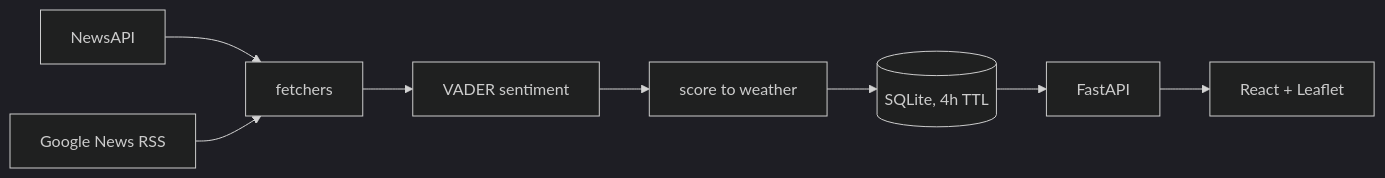
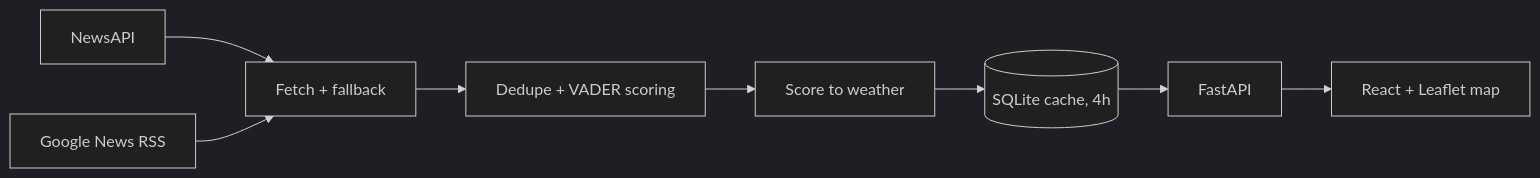
Before and after one commit to makkergauri/Emotion-Weather-Map: the diagram in README.md, drawn with Mermaid (dark theme). The commit also changed other lines of this file, not shown here.

````diff
--- a/README.md
+++ b/README.md
@@ -63,7 +32,10 @@
 ```mermaid
 flowchart LR
-    NA[NewsAPI] --> FET[fetchers]
-    RSS[Google News RSS] --> FET
-    FET --> SENT[VADER sentiment] --> MAP[score to weather] --> DB[(SQLite, 4h TTL)]
-    DB --> API[FastAPI] --> UI[React + Leaflet]
+    A[NewsAPI] --> C[Fetch + fallback]
+    B[Google News RSS] --> C
+    C --> D[Dedupe + VADER scoring]
+    D --> E[Score to weather]
+    E --> F[(SQLite cache, 4h)]
+    F --> G[FastAPI]
+    G --> H[React + Leaflet map]
 ```
````
